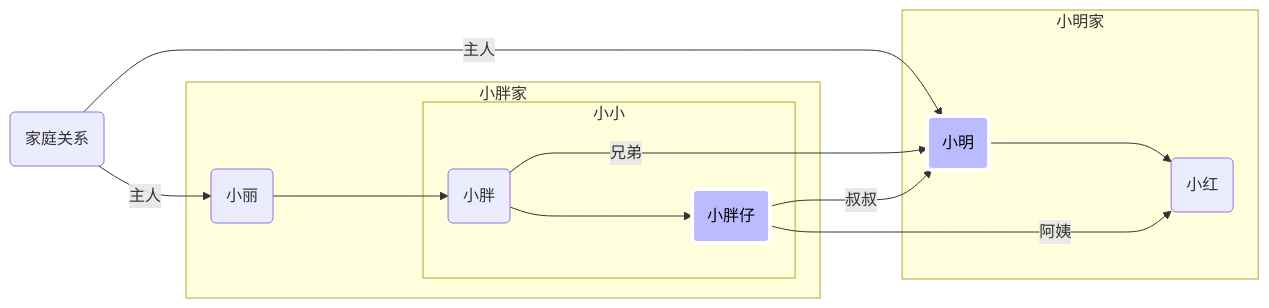
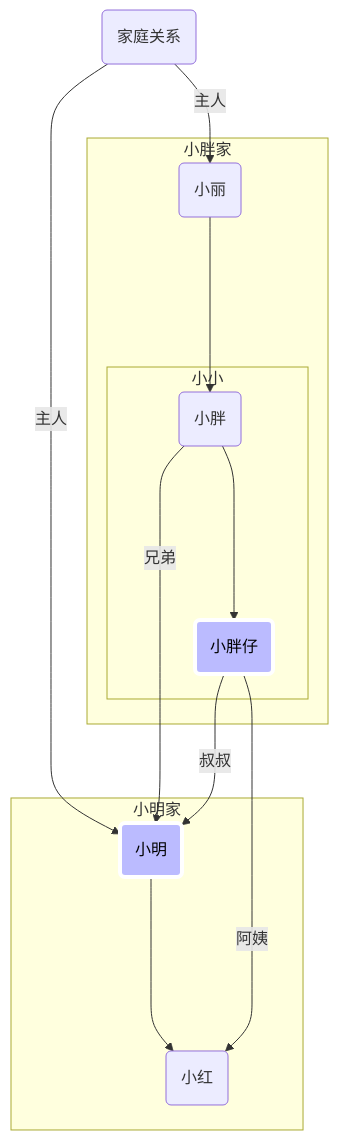
One commit to NewZsh/repo_for_render_mermaid changed the diagram in test_process.md. Above: the diagram before and after it, drawn with Mermaid.

````diff
--- a/test_process.md
+++ b/test_process.md
@@ -1,25 +1,25 @@
 ```mermaid
-graph LR
+graph TB
+subgraph 小明家
+3(小明)
+4(小红)
+end
 subgraph 小胖家
 subgraph 小小
 5(小胖)
 6(小胖仔)
 end
 2(小丽)
-end
-subgraph 小明家
-3(小明)
-4(小红)
 end
 1(家庭关系)
 1--主人-->2
 1--主人-->3
 3---->4
 2---->5
 5--兄弟-->3
 5---->6
 6--叔叔-->3
 6--阿姨-->4
 style 3 fill:#bbf,stroke:#fff,color:#000,stroke-width:4px
 style 6 fill:#bbf,stroke:#fff,color:#000,stroke-width:4px
 ```
````
